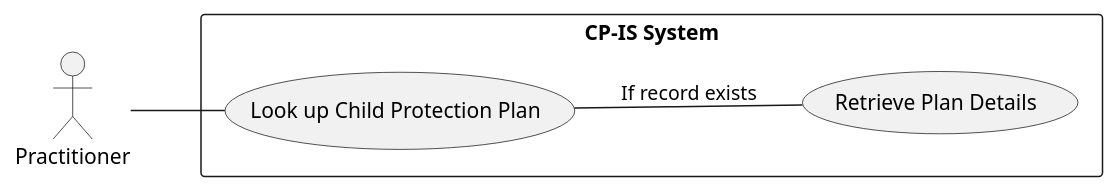
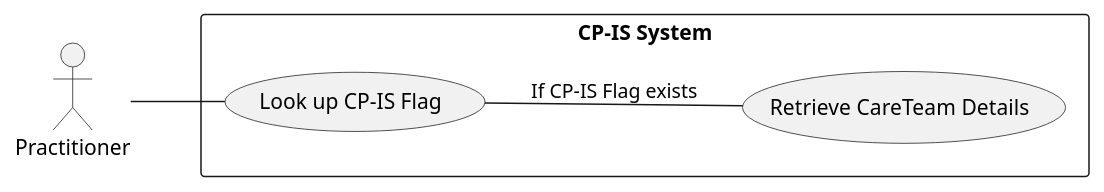
One commit to NHSDigital/IOPS-FHIR-Simplifier-Backup changed the first of 2 diagrams in NHSEnglandProgrammeImplementationGuides/backup/guides/Patient-Flag-Implementation-Guide-Beta/Home/Use-Cases/CP-IS-Record/Retrieve-CP-IS-PatientFlags.page.md. Above: the diagram before and after it, drawn with PlantUML. The commit also changed other lines of this file and 4 other files, not shown here.

```diff
--- a/NHSEnglandProgrammeImplementationGuides/backup/guides/Patient-Flag-Implementation-Guide-Beta/Home/Use-Cases/CP-IS-Record/Retrieve-CP-IS-PatientFlags.page.md
+++ b/NHSEnglandProgrammeImplementationGuides/backup/guides/Patient-Flag-Implementation-Guide-Beta/Home/Use-Cases/CP-IS-Record/Retrieve-CP-IS-PatientFlags.page.md
@@ -19,11 +19,12 @@
 @startuml
 left to right direction
 actor "Practitioner" as practitioner
+
 rectangle "CP-IS System" {
-  usecase "Look up Child Protection Plan" as U1
-  usecase "Retrieve Plan Details" as U2
+  usecase "Look up CP-IS Flag" as U1
+  usecase "Retrieve CareTeam Details" as U2
 }
 
 practitioner -- U1
-U1 -- U2 : "If record exists"
+U1 -- U2 : "If CP-IS Flag exists"
 @enduml
```
